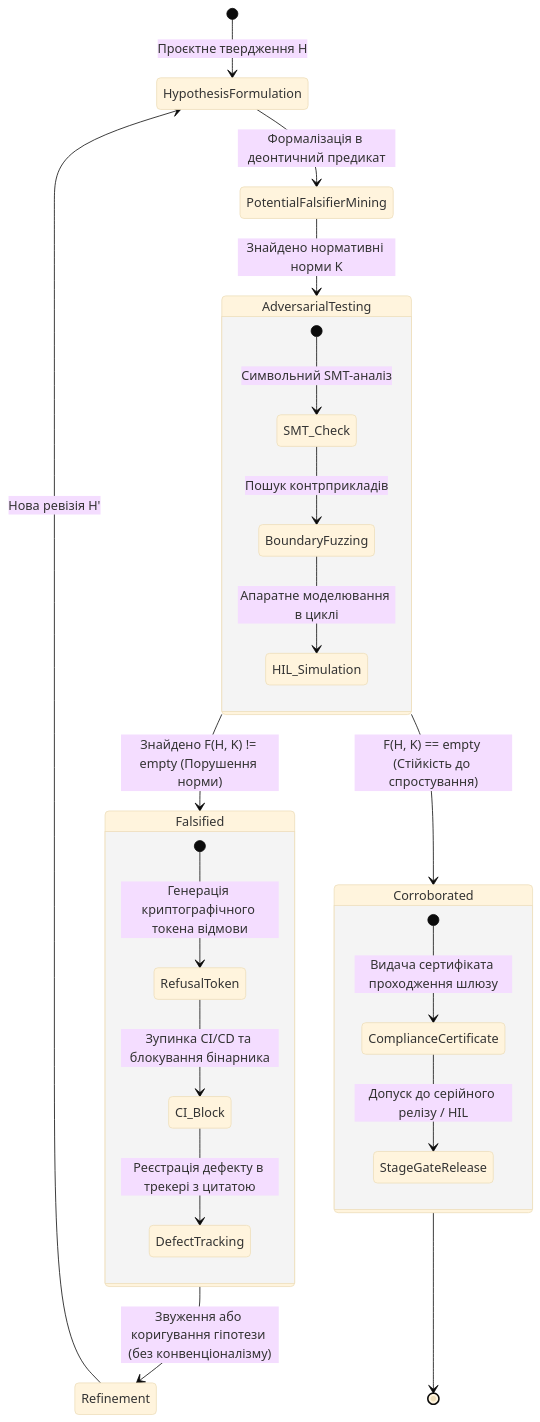
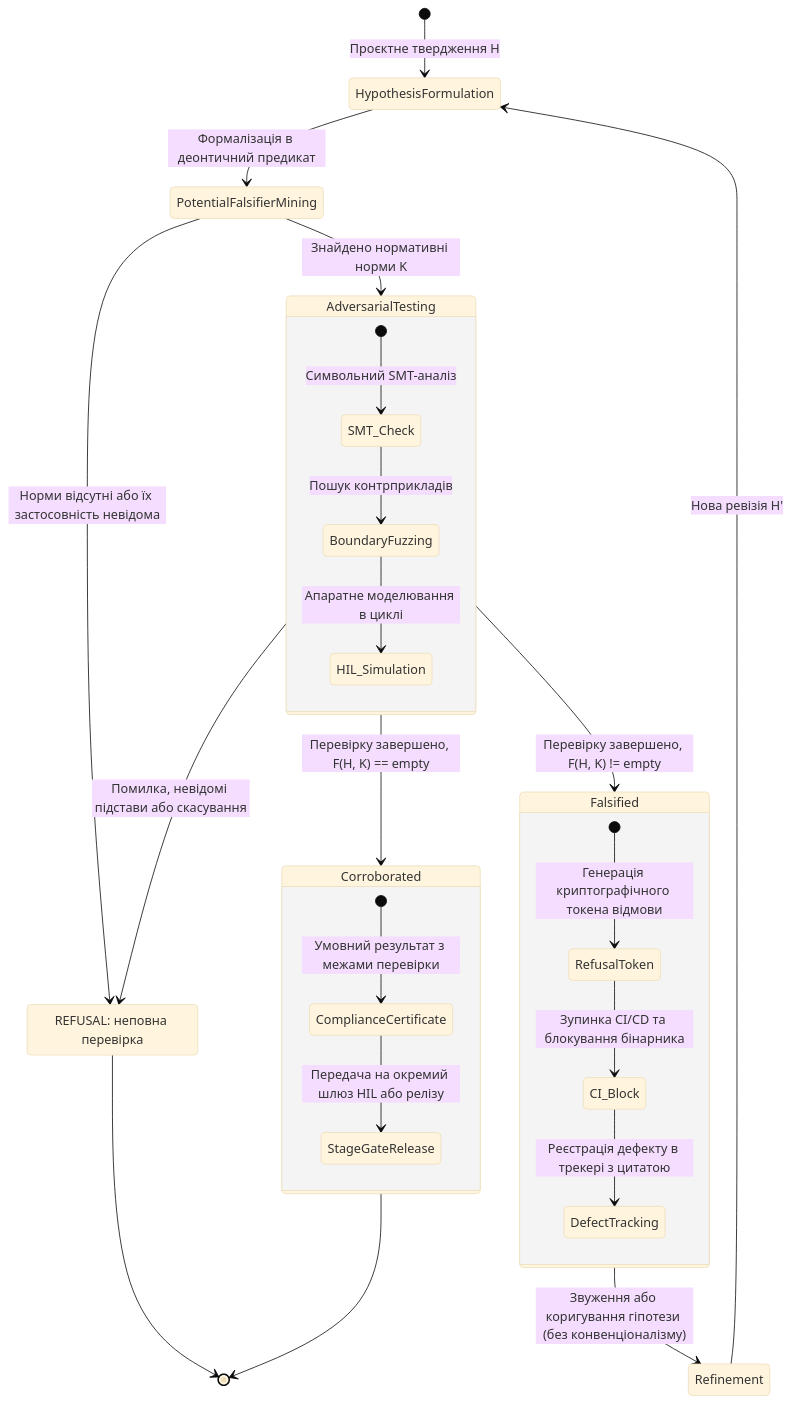
One commit to nick-fedchik/articles changed the second of 7 diagrams in ExpertSystem/ch39-active-compliance-auditor-and-popperian-testing.md. Above: the diagram before and after it, drawn with Mermaid (base theme). The commit also changed other lines of this file and 375 other files, not shown here.

````diff
--- a/ExpertSystem/ch39-active-compliance-auditor-and-popperian-testing.md
+++ b/ExpertSystem/ch39-active-compliance-auditor-and-popperian-testing.md
@@ -220,33 +222,37 @@
 ```mermaid
 stateDiagram-v2
     accTitle: Скінченний автомат неперервної попперівської фальсифікації інженерних гіпотез
     accDescr: Життєвий цикл перевірки проектних рішень від висування гіпотези через змагальне спростування до доказового підтвердження або відмови.
 
     [*] --> HypothesisFormulation: Проєктне твердження H
     HypothesisFormulation --> PotentialFalsifierMining: Формалізація в деонтичний предикат
     PotentialFalsifierMining --> AdversarialTesting: Знайдено нормативні норми K
+    PotentialFalsifierMining --> Incomplete: Норми відсутні або їх застосовність невідома
     
     state AdversarialTesting {
         [*] --> SMT_Check: Символьний SMT-аналіз
         SMT_Check --> BoundaryFuzzing: Пошук контрприкладів
         BoundaryFuzzing --> HIL_Simulation: Апаратне моделювання в циклі
     }
 
-    AdversarialTesting --> Falsified: Знайдено F(H, K) != empty (Порушення норми)
-    AdversarialTesting --> Corroborated: F(H, K) == empty (Стійкість до спростування)
+    AdversarialTesting --> Falsified: Перевірку завершено, F(H, K) != empty
+    AdversarialTesting --> Corroborated: Перевірку завершено, F(H, K) == empty
+    AdversarialTesting --> Incomplete: Помилка, невідомі підстави або скасування
+    state "REFUSAL: неповна перевірка" as Incomplete
+    Incomplete --> [*]
 
     state Falsified {
         [*] --> RefusalToken: Генерація криптографічного токена відмови
         RefusalToken --> CI_Block: Зупинка CI/CD та блокування бінарника
         CI_Block --> DefectTracking: Реєстрація дефекту в трекері з цитатою
     }
 
     state Corroborated {
-        [*] --> ComplianceCertificate: Видача сертифіката проходження шлюзу
-        ComplianceCertificate --> StageGateRelease: Допуск до серійного релізу / HIL
+        [*] --> ComplianceCertificate: Умовний результат з межами перевірки
+        ComplianceCertificate --> StageGateRelease: Передача на окремий шлюз HIL або релізу
     }
 
     Falsified --> Refinement: Звуження або коригування гіпотези (без конвенціоналізму)
     Refinement --> HypothesisFormulation: Нова ревізія H'
     Corroborated --> [*]
 ```
````
